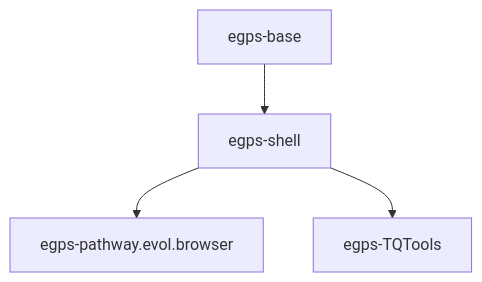
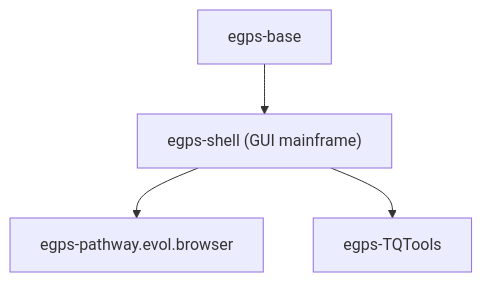
The first of 2 diagrams in README.md (yudalang3/eGPS_v2.1), drawn with Mermaid before and after one commit. The commit also changed other lines of this file and 1 other file, not shown here.

Commit message:
Update the readme, fix the mermaid diagram

````diff
--- a/README.md
+++ b/README.md
@@ -35,6 +35,6 @@
 ```mermaid
 graph TD
-  base[egps-base] --> shell[egps-shell]
+  base[egps-base] --> shell["egps-shell (GUI mainframe)"]
   shell --> pe[egps-pathway.evol.browser]
   shell --> tq[egps-TQTools]
 ```
````
